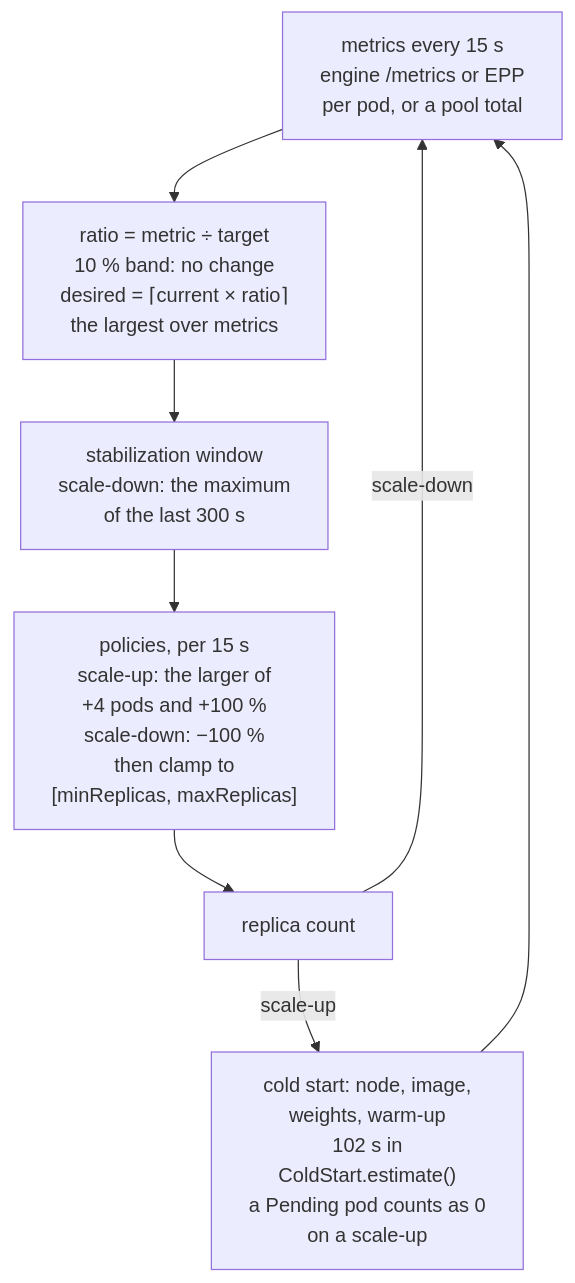
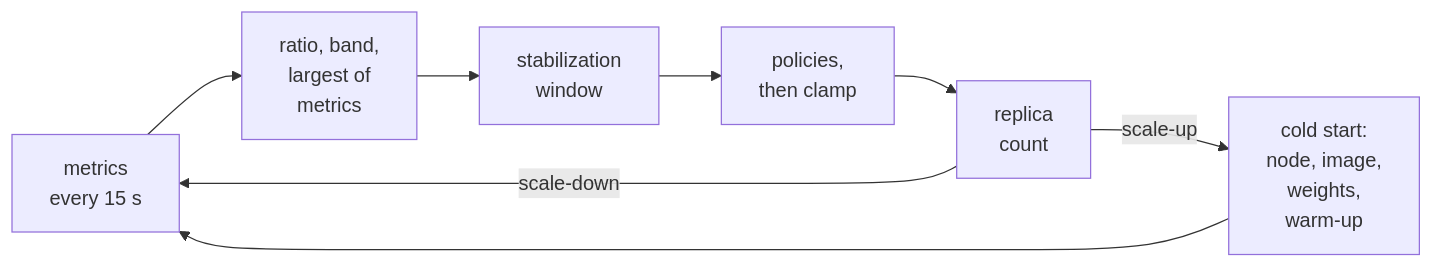
Before and after one commit to aniryou/full-stack-agentic-engineer: the second of 3 diagrams in 05-orchestrator/serving-orchestration/PRIMER.md, drawn with Mermaid. The commit also changed other lines of this file and 15 other files, not shown here.

````diff
--- a/05-orchestrator/serving-orchestration/PRIMER.md
+++ b/05-orchestrator/serving-orchestration/PRIMER.md
@@ -460,10 +462,10 @@
 ```mermaid
-flowchart TB
-    M["metrics every 15 s<br/>engine /metrics or EPP<br/>per pod, or a pool total"] --> R["ratio = metric ÷ target<br/>10 % band: no change<br/>desired = ⌈current × ratio⌉<br/>the largest over metrics"]
-    R --> S["stabilization window<br/>scale-down: the maximum<br/>of the last 300 s"]
-    S --> P["policies, per 15 s<br/>scale-up: the larger of<br/>+4 pods and +100 %<br/>scale-down: −100 %<br/>then clamp to<br/>[minReplicas, maxReplicas]"]
-    P --> N["replica count"]
-    N -- "scale-up" --> K["cold start: node, image,<br/>weights, warm-up<br/>102 s in<br/>ColdStart.estimate()<br/>a Pending pod counts as 0<br/>on a scale-up"]
+flowchart LR
+    M["metrics<br/>every 15 s"] --> R["ratio, band,<br/>largest of<br/>metrics"]
+    R --> S["stabilization<br/>window"]
+    S --> P["policies,<br/>then clamp"]
+    P --> N["replica<br/>count"]
+    N -- "scale-up" --> K["cold start:<br/>node, image,<br/>weights,<br/>warm-up"]
     K --> M
     N -- "scale-down" --> M
 ```
````
